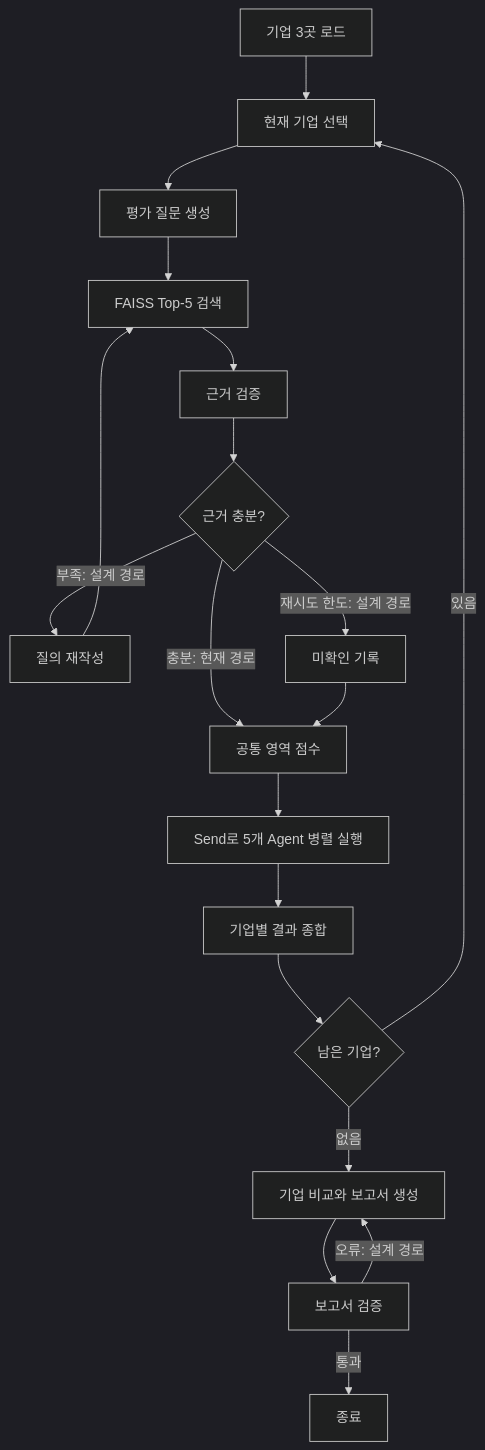
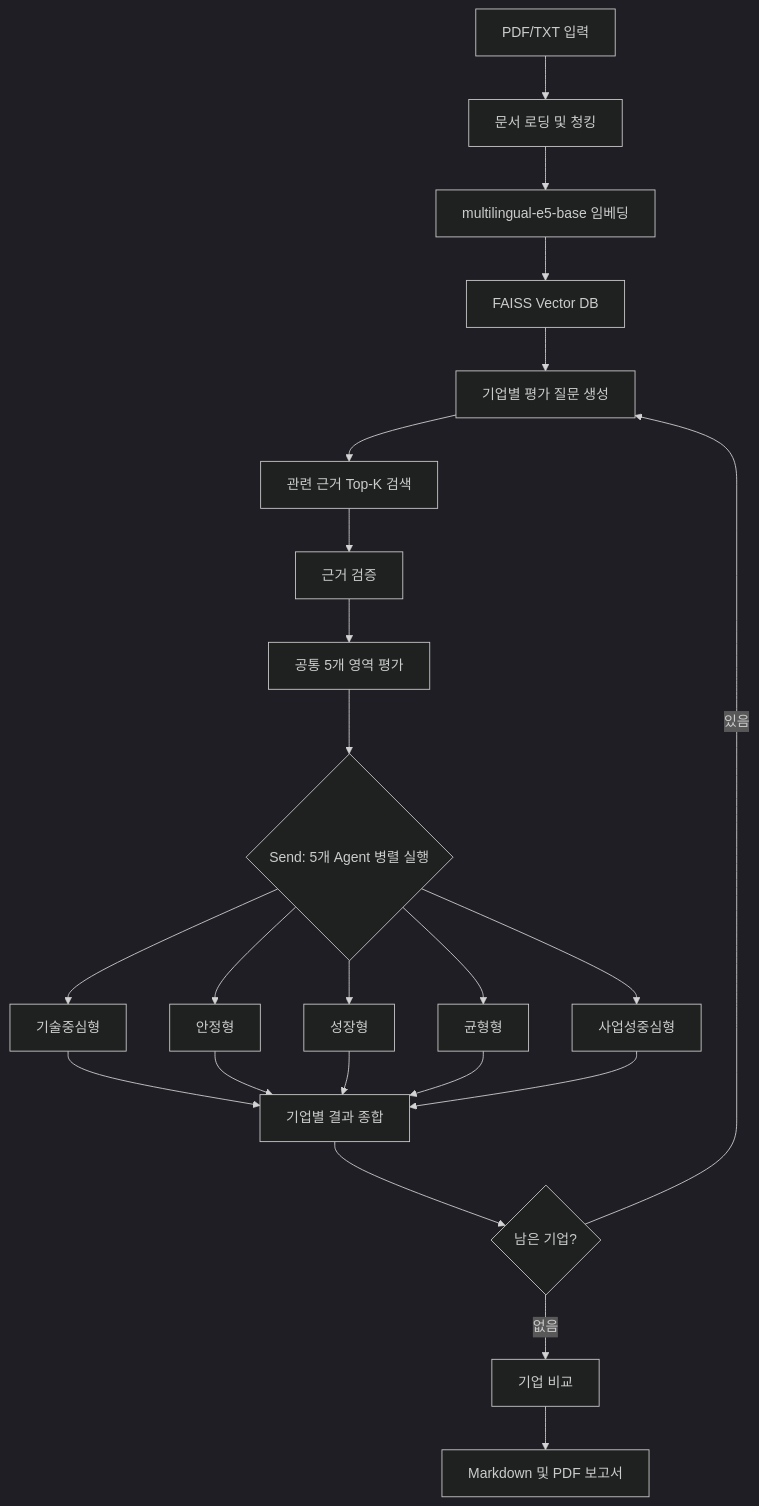
Before and after one commit to sumin-990416/Langchain_Skala_U3: the diagram in README.md, drawn with Mermaid (dark theme). The commit also changed other lines of this file, not shown here.

````diff
--- a/README.md
+++ b/README.md
@@ -51,21 +84,25 @@
 ```mermaid
 flowchart TD
-    A[기업 3곳 로드] --> B[현재 기업 선택]
-    B --> C[평가 질문 생성]
-    C --> D[FAISS Top-5 검색]
-    D --> E[근거 검증]
-    E --> F{근거 충분?}
-    F -->|충분: 현재 경로| G[공통 영역 점수]
-    F -->|부족: 설계 경로| H[질의 재작성]
-    H --> D
-    F -->|재시도 한도: 설계 경로| I[미확인 기록]
-    I --> G
-    G --> J[Send로 5개 Agent 병렬 실행]
-    J --> K[기업별 결과 종합]
-    K --> L{남은 기업?}
-    L -->|있음| B
-    L -->|없음| M[기업 비교와 보고서 생성]
-    M --> N[보고서 검증]
-    N -->|오류: 설계 경로| M
-    N -->|통과| O[종료]
+    A[PDF/TXT 입력] --> B[문서 로딩 및 청킹]
+    B --> C[multilingual-e5-base 임베딩]
+    C --> D[FAISS Vector DB]
+    D --> E[기업별 평가 질문 생성]
+    E --> F[관련 근거 Top-K 검색]
+    F --> G[근거 검증]
+    G --> H[공통 5개 영역 평가]
+    H --> I{Send: 5개 Agent 병렬 실행}
+    I --> T[기술중심형]
+    I --> S[안정형]
+    I --> R[성장형]
+    I --> B2[균형형]
+    I --> M[사업성중심형]
+    T --> J[기업별 결과 종합]
+    S --> J
+    R --> J
+    B2 --> J
+    M --> J
+    J --> K{남은 기업?}
+    K -->|있음| E
+    K -->|없음| L[기업 비교]
+    L --> N[Markdown 및 PDF 보고서]
 ```
````
